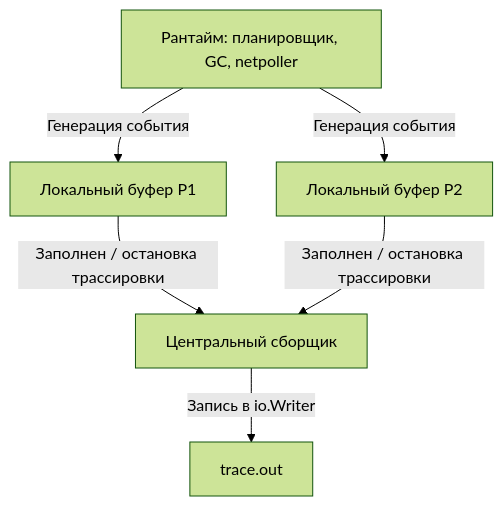
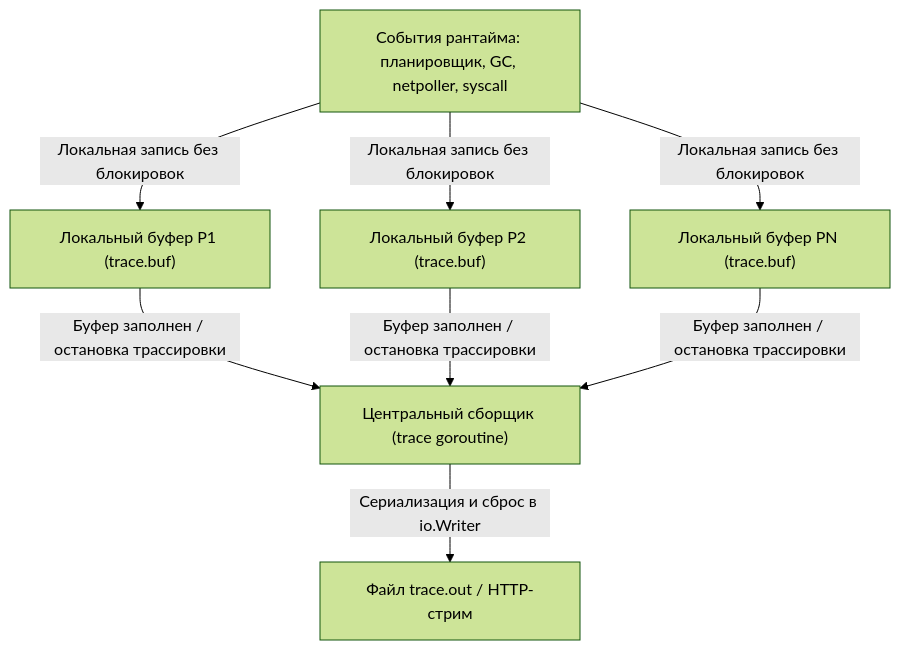
The first of 2 diagrams in sources/16. Профилирование, отладка и производительность/08. Runtime и инструменты/3. execution tracer.md (UnrealTemplier/go-textbook), drawn with Mermaid (forest theme) before and after one commit. The commit also changed other lines of this file, not shown here.

````diff
--- a/sources/16. Профилирование, отладка и производительность/08. Runtime и инструменты/3. execution tracer.md
+++ b/sources/16. Профилирование, отладка и производительность/08. Runtime и инструменты/3. execution tracer.md
@@ -25,8 +23,12 @@
 ```mermaid
 flowchart TD
-    RT["Рантайм: планировщик, GC, netpoller"] -->|"Генерация события"| P1Buf["Локальный буфер P1"]
-    RT -->|"Генерация события"| P2Buf["Локальный буфер P2"]
-    P1Buf -->|"Заполнен / остановка трассировки"| Central["Центральный сборщик"]
-    P2Buf -->|"Заполнен / остановка трассировки"| Central
-    Central -->|"Запись в io.Writer"| File["trace.out"]
+    RT["События рантайма: планировщик, GC, netpoller, syscall"] -->|"Локальная запись без блокировок"| P1Buf["Локальный буфер P1 (trace.buf)"]
+    RT -->|"Локальная запись без блокировок"| P2Buf["Локальный буфер P2 (trace.buf)"]
+    RT -->|"Локальная запись без блокировок"| PNBuf["Локальный буфер PN (trace.buf)"]
+    
+    P1Buf -->|"Буфер заполнен / остановка трассировки"| Central["Центральный сборщик (trace goroutine)"]
+    P2Buf -->|"Буфер заполнен / остановка трассировки"| Central
+    PNBuf -->|"Буфер заполнен / остановка трассировки"| Central
+    
+    Central -->|"Сериализация и сброс в io.Writer"| File["Файл trace.out / HTTP-стрим"]
 ```
````
